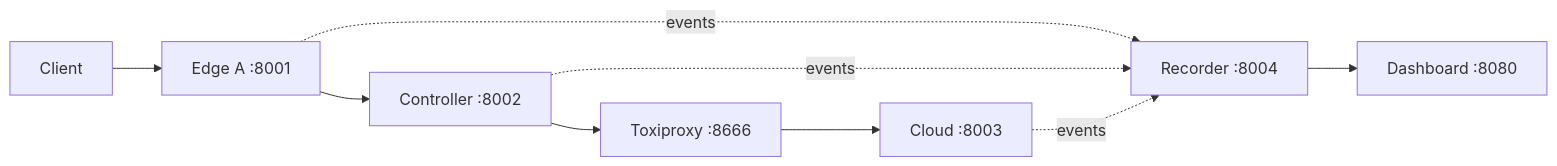
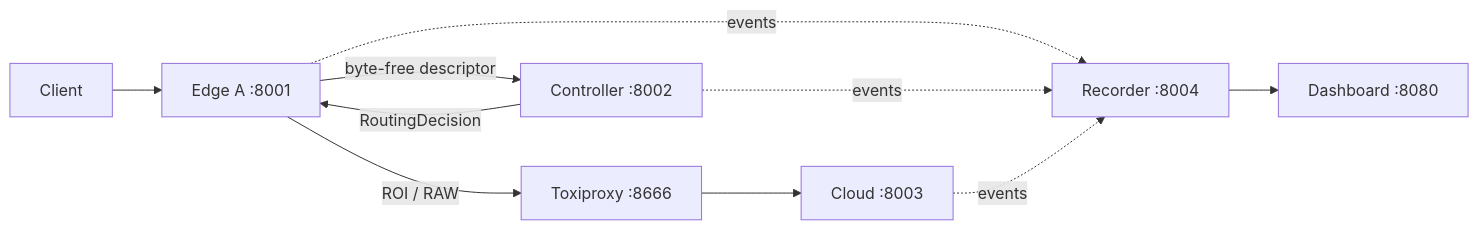
The third of 3 diagrams in docs/ARCHITECTURE.md (jry21223/cloud-edge-decision-system), drawn with Mermaid before and after one commit. The commit also changed other lines of this file and 47 other files, not shown here.

````diff
--- a/docs/ARCHITECTURE.md
+++ b/docs/ARCHITECTURE.md
@@ -103,11 +104,12 @@
 ```mermaid
 flowchart LR
     C[Client] --> E[Edge A :8001]
-    E --> S[Controller :8002]
-    S --> T[Toxiproxy :8666]
+    E -->|byte-free descriptor| S[Controller :8002]
+    S -->|RoutingDecision| E
+    E -->|ROI / RAW| T[Toxiproxy :8666]
     T --> CL[Cloud :8003]
     E -.events.-> R[Recorder :8004]
     S -.events.-> R
     CL -.events.-> R
     R --> D[Dashboard :8080]
 ```
````
